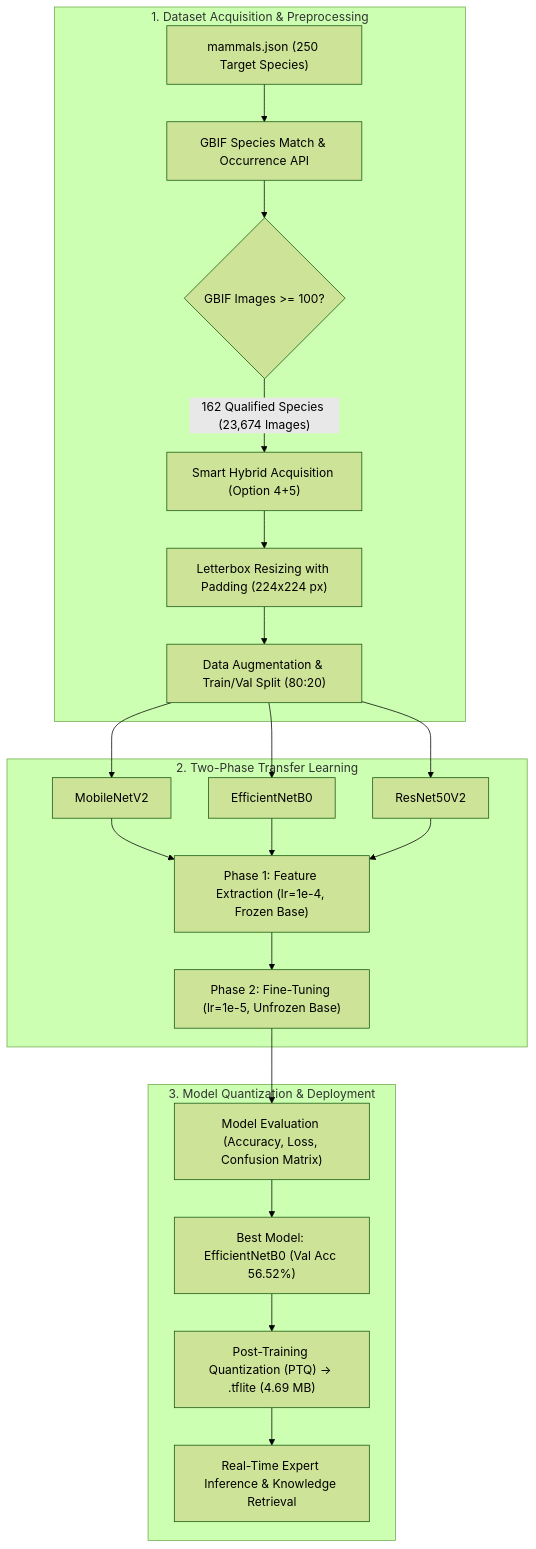
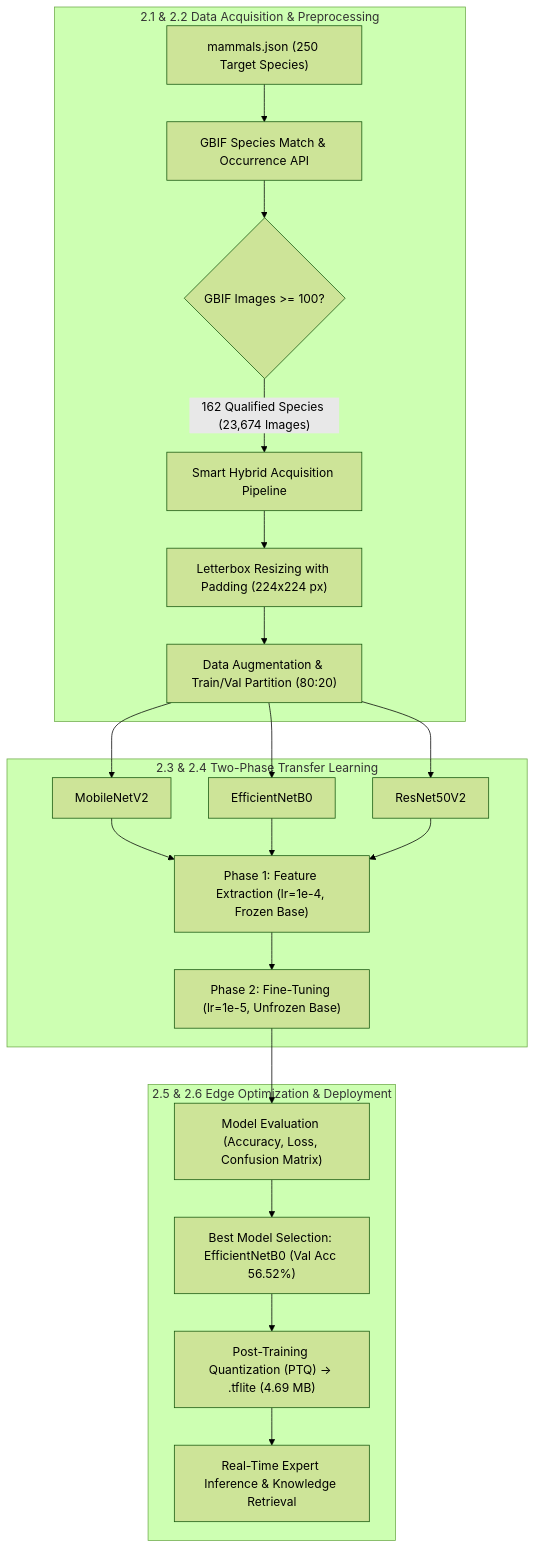
One commit to arc6828/my-animal2 changed the diagram in docs/paper_en.md. Above: the diagram before and after it, drawn with Mermaid (forest theme). The commit also changed other lines of this file and 4 other files, not shown here.

````diff
--- a/docs/paper_en.md
+++ b/docs/paper_en.md
@@ -54,25 +46,25 @@
 ```mermaid
 flowchart TD
-    subgraph Phase1_Data ["1. Dataset Acquisition & Preprocessing"]
+    subgraph DataPipeline ["2.1 & 2.2 Data Acquisition & Preprocessing"]
         A["mammals.json (250 Target Species)"] --> B["GBIF Species Match & Occurrence API"]
         B --> C{"GBIF Images >= 100?"}
-        C -- "162 Qualified Species (23,674 Images)" --> D["Smart Hybrid Acquisition (Option 4+5)"]
+        C -- "162 Qualified Species (23,674 Images)" --> D["Smart Hybrid Acquisition Pipeline"]
         D --> E["Letterbox Resizing with Padding (224x224 px)"]
-        E --> F["Data Augmentation & Train/Val Split (80:20)"]
+        E --> F["Data Augmentation & Train/Val Partition (80:20)"]
     end
 
-    subgraph Phase2_Training ["2. Two-Phase Transfer Learning"]
+    subgraph ModelTraining ["2.3 & 2.4 Two-Phase Transfer Learning"]
         F --> G["MobileNetV2"]
         F --> H["EfficientNetB0"]
         F --> I["ResNet50V2"]
         G & H & I --> J["Phase 1: Feature Extraction (lr=1e-4, Frozen Base)"]
         J --> K["Phase 2: Fine-Tuning (lr=1e-5, Unfrozen Base)"]
     end
 
-    subgraph Phase3_Edge ["3. Model Quantization & Deployment"]
+    subgraph EvaluationEdge ["2.5 & 2.6 Edge Optimization & Deployment"]
         K --> L["Model Evaluation (Accuracy, Loss, Confusion Matrix)"]
-        L --> M["Best Model: EfficientNetB0 (Val Acc 56.52%)"]
+        L --> M["Best Model Selection: EfficientNetB0 (Val Acc 56.52%)"]
         M --> N["Post-Training Quantization (PTQ) -> .tflite (4.69 MB)"]
         N --> O["Real-Time Expert Inference & Knowledge Retrieval"]
     end
 ```
````
